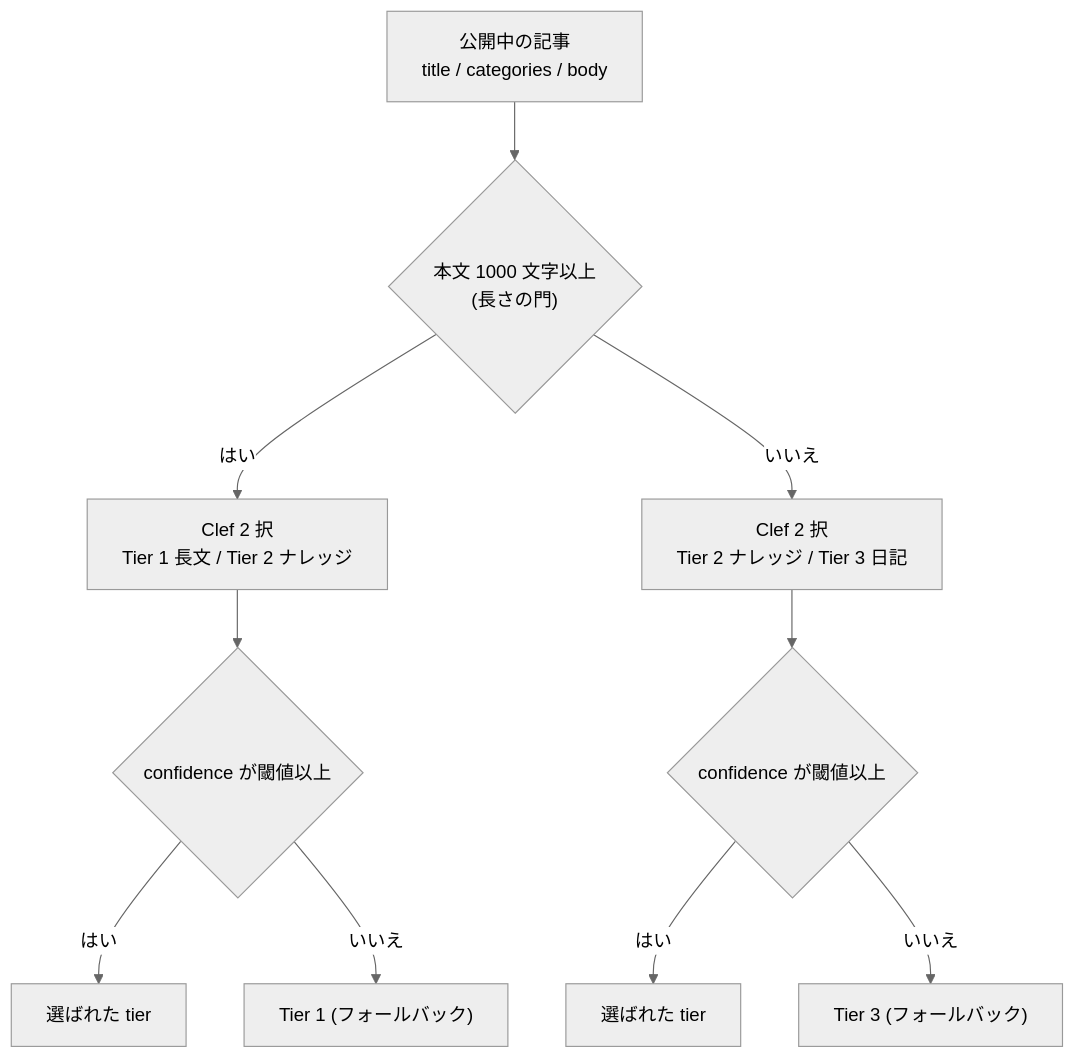
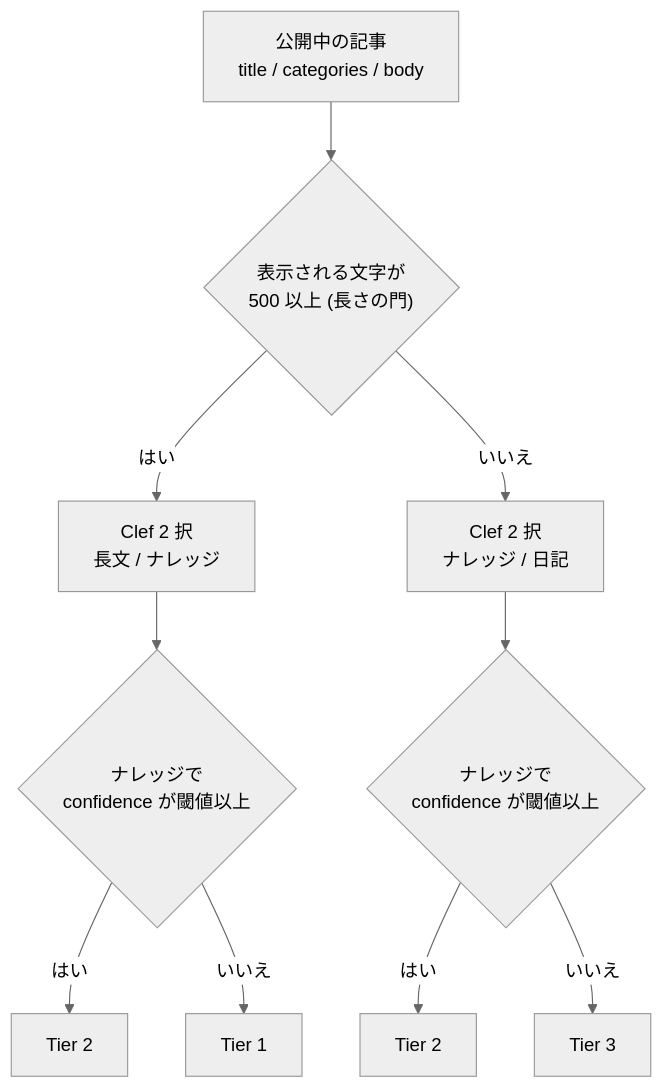
One commit to Asuforce/arki changed the first of 2 diagrams in docs/tier-scoring.md. Above: the diagram before and after it, drawn with Mermaid (neutral theme). The commit also changed other lines of this file and 1 other file, not shown here.

````diff
--- a/docs/tier-scoring.md
+++ b/docs/tier-scoring.md
@@ -21,12 +33,12 @@
 ```mermaid
 flowchart TD
-  P["公開中の記事<br/>title / categories / body"] --> L{"本文 1000 文字以上<br/>(長さの門)"}
-  L -- "はい" --> A["Clef 2 択<br/>Tier 1 長文 / Tier 2 ナレッジ"]
-  L -- "いいえ" --> B["Clef 2 択<br/>Tier 2 ナレッジ / Tier 3 日記"]
-  A --> FA{"confidence が閾値以上"}
-  B --> FB{"confidence が閾値以上"}
-  FA -- "はい" --> TA["選ばれた tier"]
-  FA -- "いいえ" --> T1["Tier 1 (フォールバック)"]
-  FB -- "はい" --> TB["選ばれた tier"]
-  FB -- "いいえ" --> T3["Tier 3 (フォールバック)"]
+  P["公開中の記事<br/>title / categories / body"] --> L{"表示される文字が<br/>500 以上 (長さの門)"}
+  L -- "はい" --> A["Clef 2 択<br/>長文 / ナレッジ"]
+  L -- "いいえ" --> B["Clef 2 択<br/>ナレッジ / 日記"]
+  A --> KA{"ナレッジで<br/>confidence が閾値以上"}
+  B --> KB{"ナレッジで<br/>confidence が閾値以上"}
+  KA -- "はい" --> T2a["Tier 2"]
+  KA -- "いいえ" --> T1["Tier 1"]
+  KB -- "はい" --> T2b["Tier 2"]
+  KB -- "いいえ" --> T3["Tier 3"]
 ```
````
